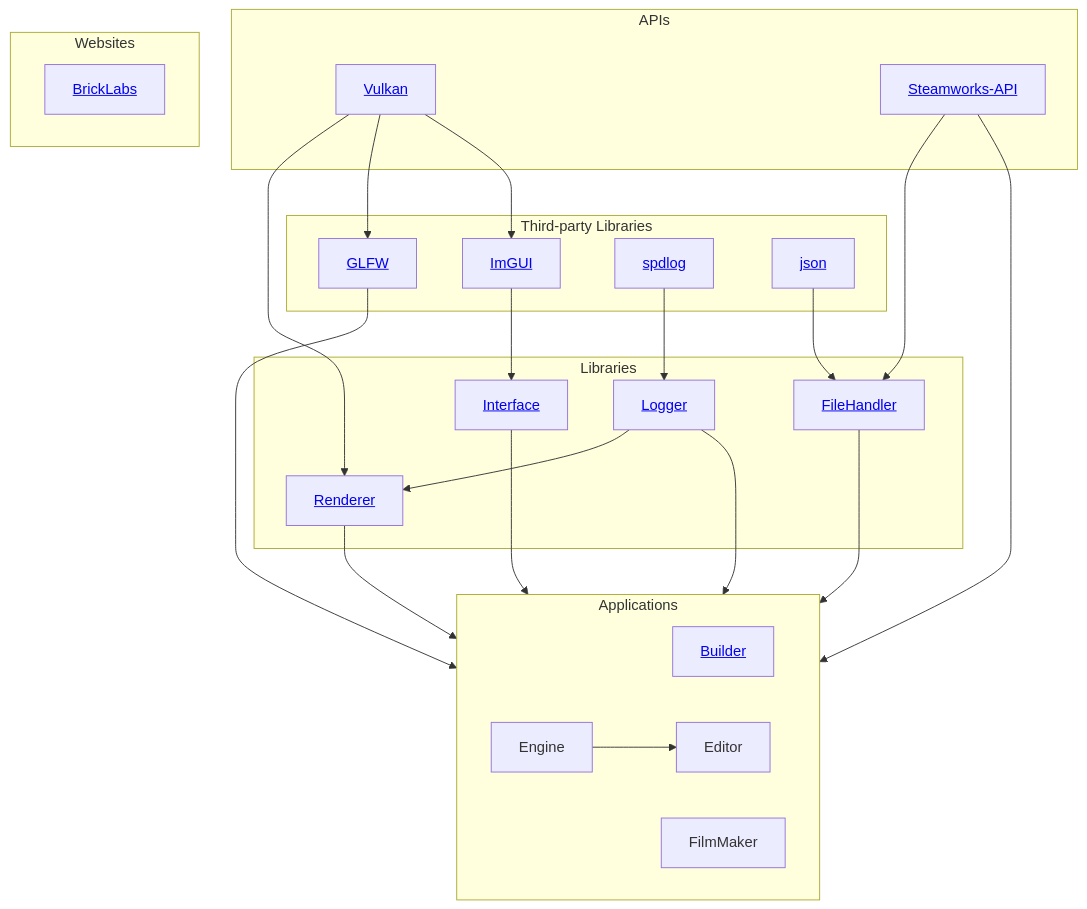
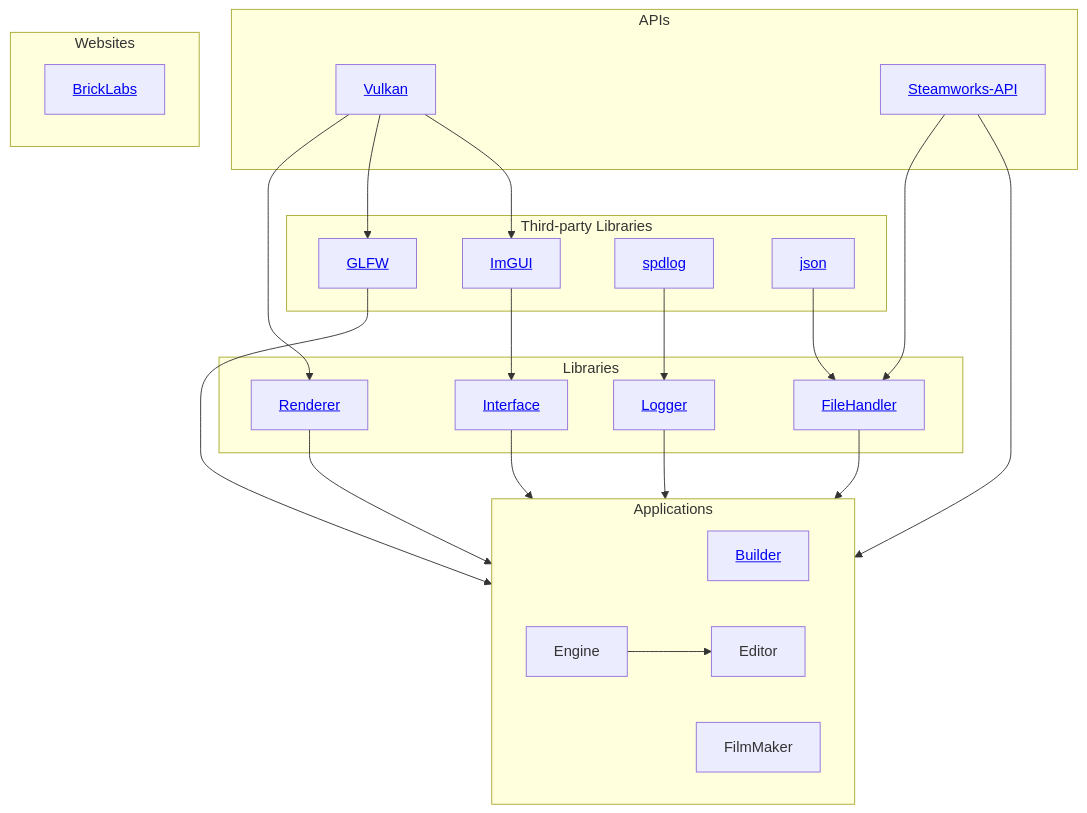
The diagram in profile/README.md (Brick-Labs/.github), drawn with Mermaid before and after one commit.

Commit message:
Remove Logger from Libraries to Libraries section
Removed Logger dependency from Libraries to Libraries section.

````diff
--- a/profile/README.md
+++ b/profile/README.md
@@ -6,58 +6,57 @@
 ```mermaid
 graph TD
     
     subgraph APIs
         Vulkan[<a href="https://vulkan.org">Vulkan</a>]
         SteamAPI[<a href="https://partner.steamgames.com/doc/sdk/api">Steamworks-API</a>]
     end
 
     subgraph Third-party Libraries
         GLFW[<a href="https://www.glfw.org">GLFW</a>]
         ImGUI[<a href="https://github.com/ocornut/imgui">ImGUI</a>]
         spdlog[<a href="https://github.com/gabime/spdlog">spdlog</a>]
         json[<a href="https://github.com/nlohmann/json">json</a>]
     end
 
     subgraph Libraries
         Renderer[<a href="https://github.com/Brick-Labs/Renderer">Renderer</a>]
         FileHandler[<a href="https://github.com/Brick-Labs/FileHandler">FileHandler</a>]
         Logger[<a href="https://github.com/Brick-Labs/Logger">Logger</a>]
         Interface[<a href="https://github.com/Brick-Labs/Interface">Interface</a>]
     end
 
     subgraph Applications
         Builder[<a href="https://github.com/Brick-Labs/Builder">Builder</a>]
         Engine
         Editor
         FilmMaker
     end
 
     subgraph Websites
         BrickLabsWeb[<a href="https://github.com/Brick-Labs/Website">BrickLabs</a>]
     end
 
     %% APIs to Libraries
     Vulkan --> Renderer
     Vulkan --> GLFW
     Vulkan --> ImGUI
     SteamAPI --> FileHandler
 
     %% Libraries to Libraries
     ImGUI --> Interface
     spdlog --> Logger
-    Logger --> Renderer
     json --> FileHandler
 
     %% Librararies to Applications
     Renderer --> Applications
     GLFW --> Applications
     Interface --> Applications 
     FileHandler --> Applications
     Logger --> Applications
 
     %% APIs to Applications
     SteamAPI --> Applications
 
     %% Applications to Applications
     Engine --> Editor
 ```
````
